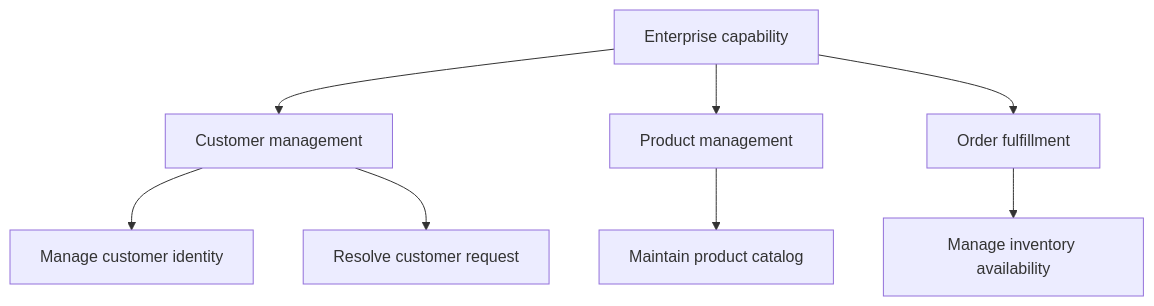
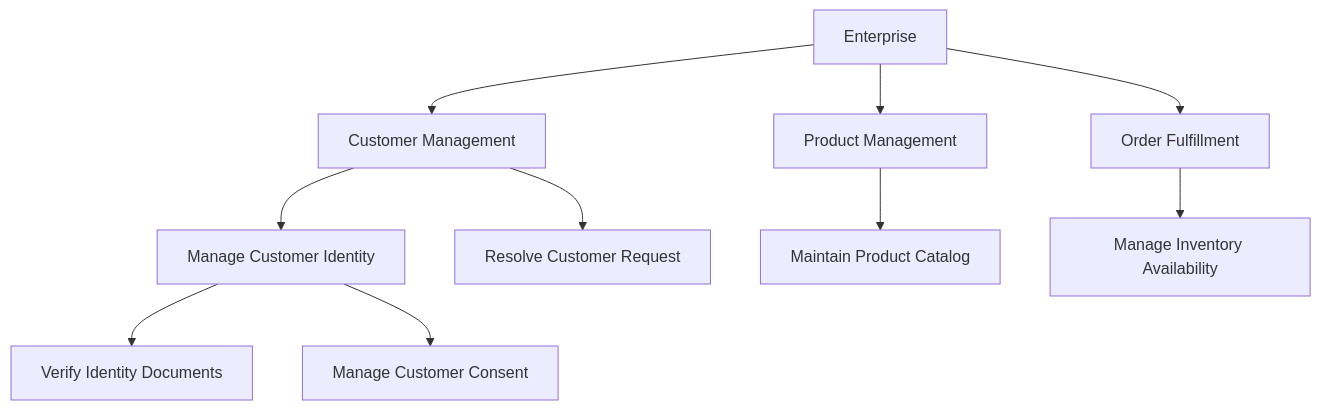
The second of 10 diagrams in 18_Enterprise_Architecture/CH11_Capability_Mapping.md (joydasss/Architect), drawn with Mermaid before and after one commit. The commit also changed other lines of this file and 22 other files, not shown here.

Commit message:
Architecture changes

````diff
--- a/18_Enterprise_Architecture/CH11_Capability_Mapping.md
+++ b/18_Enterprise_Architecture/CH11_Capability_Mapping.md
@@ -11,18 +106,22 @@
 ```mermaid
 flowchart TD
-    Enterprise[Enterprise capability]
-    Customer[Customer management]
-    Product[Product management]
-    Fulfillment[Order fulfillment]
-    Identity[Manage customer identity]
-    Service[Resolve customer request]
-    Catalog[Maintain product catalog]
-    Inventory[Manage inventory availability]
+    Enterprise["Enterprise"]
+    Customer["Customer Management"]
+    Product["Product Management"]
+    Fulfillment["Order Fulfillment"]
+    Identity["Manage Customer Identity"]
+    Service["Resolve Customer Request"]
+    Catalog["Maintain Product Catalog"]
+    Inventory["Manage Inventory Availability"]
+    Verify["Verify Identity Documents"]
+    Consent["Manage Customer Consent"]
     Enterprise --> Customer
     Enterprise --> Product
     Enterprise --> Fulfillment
     Customer --> Identity
     Customer --> Service
     Product --> Catalog
     Fulfillment --> Inventory
+    Identity --> Verify
+    Identity --> Consent
 ```
````
